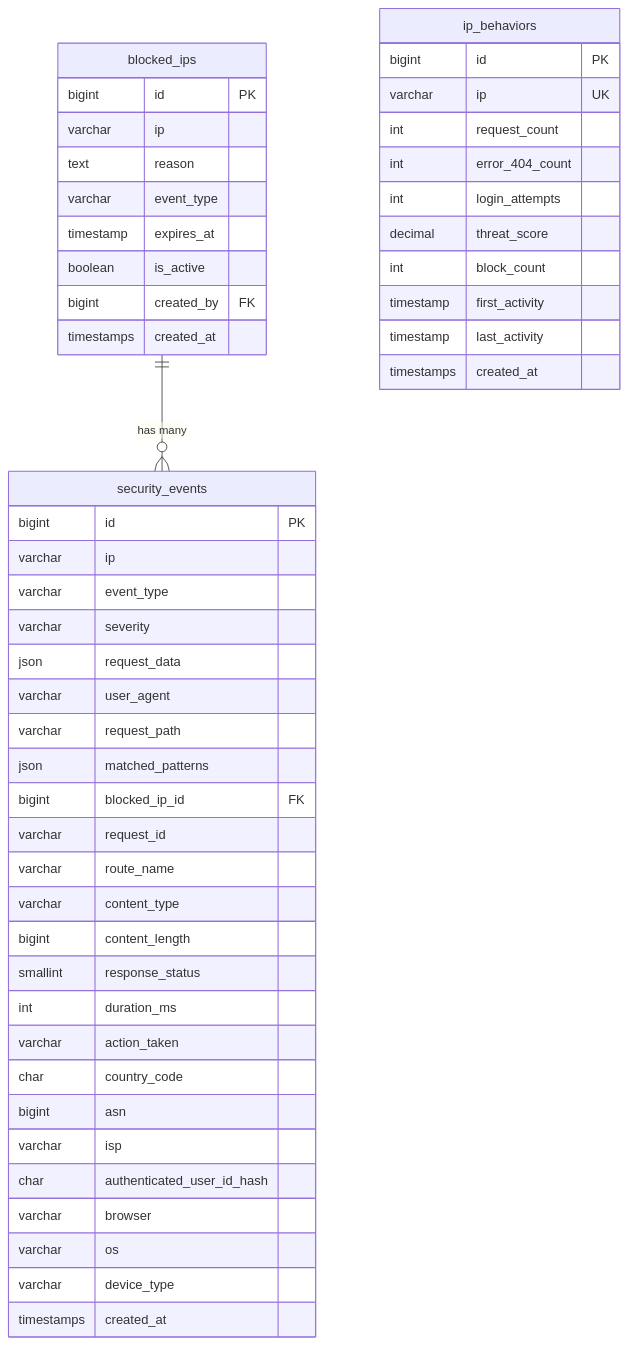
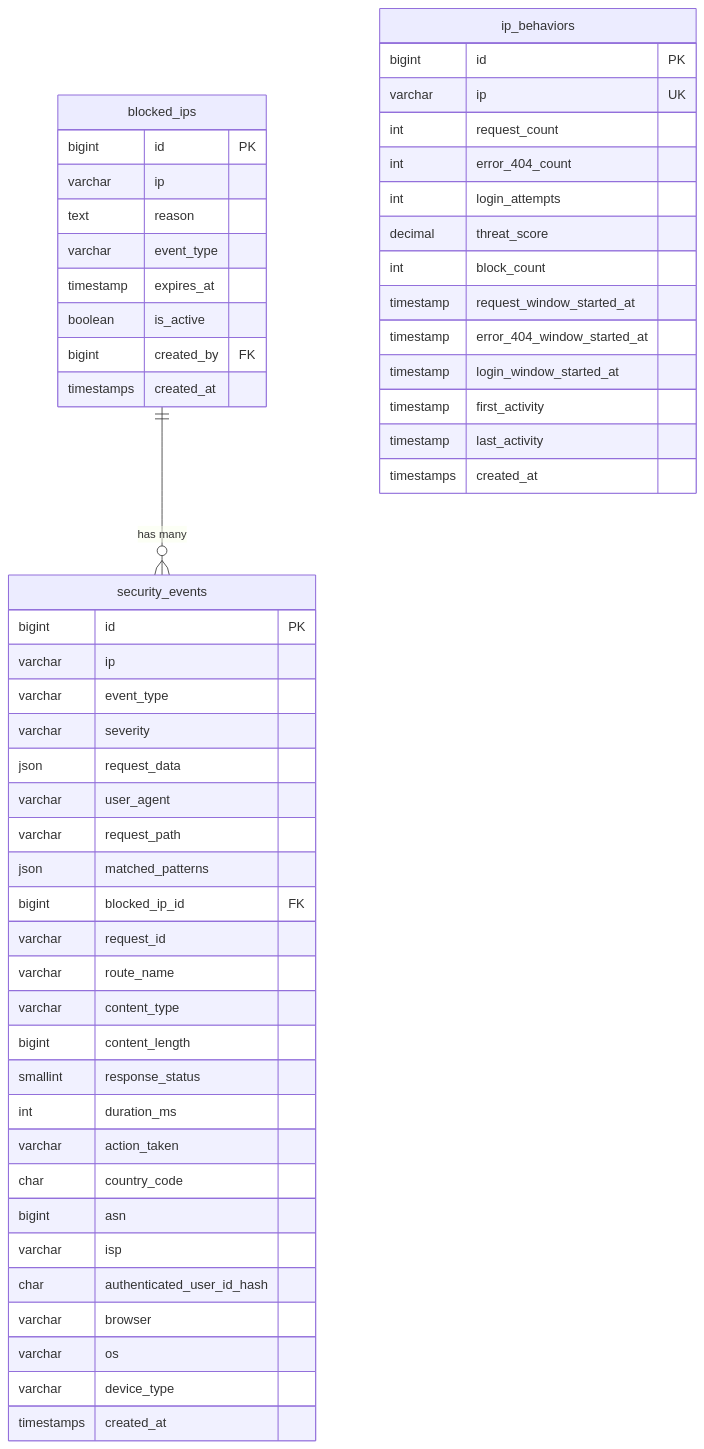
The first of 2 diagrams in docs/PRD.md (RiloArbabillah/crowdsec), drawn with Mermaid before and after one commit. The commit also changed other lines of this file and 19 other files, not shown here.

````diff
--- a/docs/PRD.md
+++ b/docs/PRD.md
@@ -290,55 +292,58 @@
 ```mermaid
 erDiagram
     blocked_ips {
         bigint id PK
         varchar ip
         text reason
         varchar event_type
         timestamp expires_at
         boolean is_active
         bigint created_by FK
         timestamps created_at
     }
 
     ip_behaviors {
         bigint id PK
         varchar ip UK
         int request_count
         int error_404_count
         int login_attempts
         decimal threat_score
         int block_count
+        timestamp request_window_started_at
+        timestamp error_404_window_started_at
+        timestamp login_window_started_at
         timestamp first_activity
         timestamp last_activity
         timestamps created_at
     }
 
     security_events {
         bigint id PK
         varchar ip
         varchar event_type
         varchar severity
         json request_data
         varchar user_agent
         varchar request_path
         json matched_patterns
         bigint blocked_ip_id FK
         varchar request_id
         varchar route_name
         varchar content_type
         bigint content_length
         smallint response_status
         int duration_ms
         varchar action_taken
         char country_code
         bigint asn
         varchar isp
         char authenticated_user_id_hash
         varchar browser
         varchar os
         varchar device_type
         timestamps created_at
     }
 
     blocked_ips ||--o{ security_events : "has many"
 ```
````
